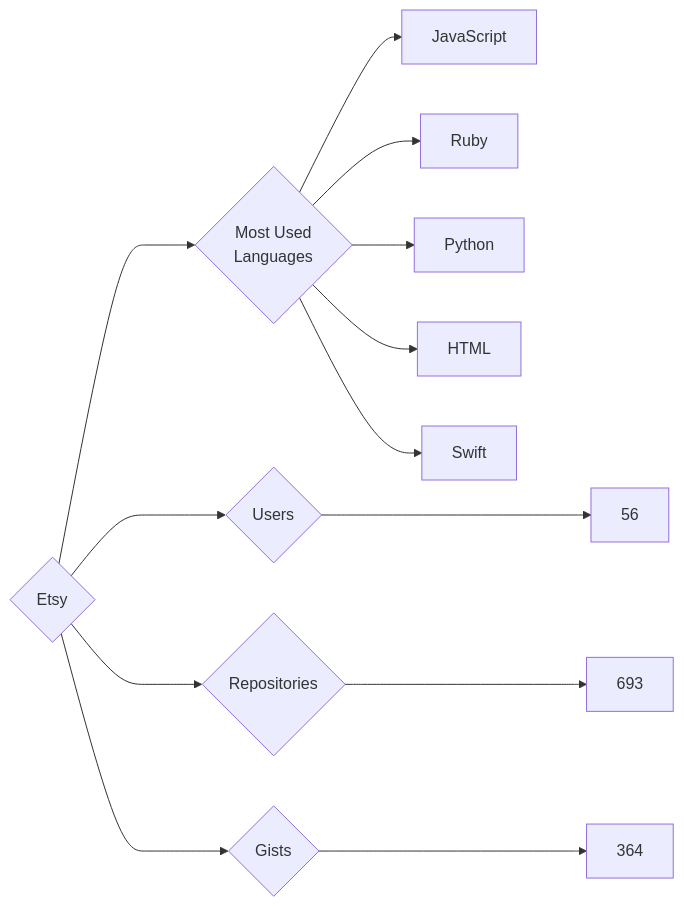
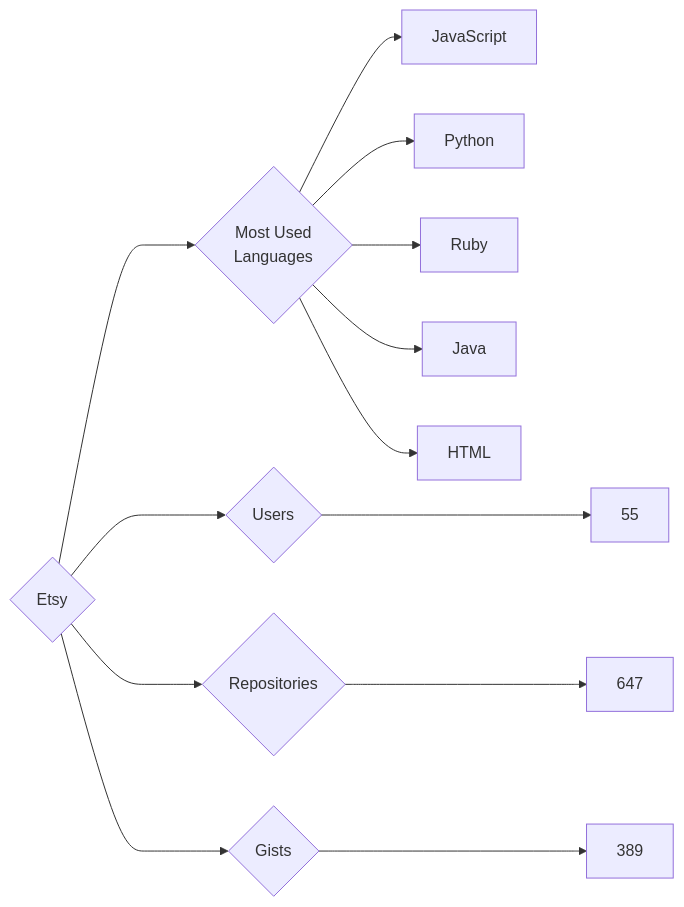
One commit to trickest/insiders changed the diagram in targets/Etsy/README.md. Above: the diagram before and after it, drawn with Mermaid. The commit also changed 773 other files, not shown here.

````diff
--- a/targets/Etsy/README.md
+++ b/targets/Etsy/README.md
@@ -3,13 +3,13 @@
 ```mermaid
 graph LR
 COMPANY_NAME{Etsy}
-COMPANY_NAME ---> U{Users} ---> UN[56]
-COMPANY_NAME ---> R{Repositories} ---> RN[693]
-COMPANY_NAME ---> G{Gists} ---> GN[364]
+COMPANY_NAME ---> U{Users} ---> UN[55]
+COMPANY_NAME ---> R{Repositories} ---> RN[647]
+COMPANY_NAME ---> G{Gists} ---> GN[389]
 COMPANY_NAME ---> ML{Most Used<br>Languages}
 ML --> JavaScript[JavaScript]
+ML --> Python[Python]
 ML --> Ruby[Ruby]
-ML --> Python[Python]
+ML --> Java[Java]
 ML --> HTML[HTML]
-ML --> Swift[Swift]
 ```
````
